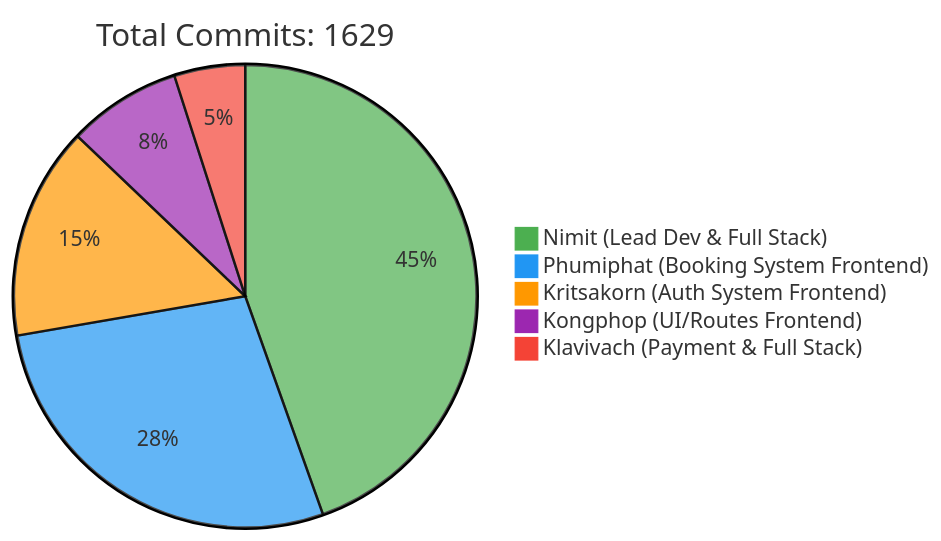
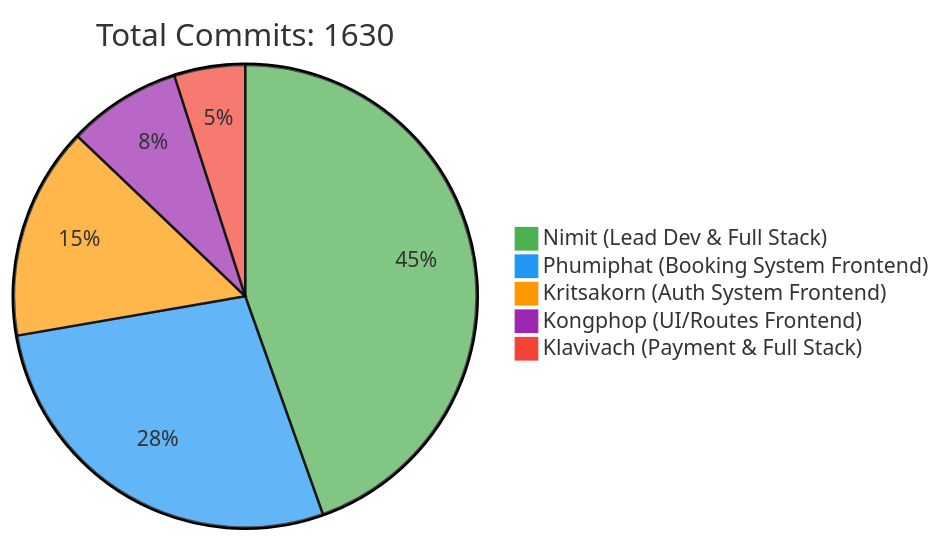
The first of 2 diagrams in README.md (6531503042/Sport-Complex), drawn with Mermaid before and after one commit. The commit also changed other lines of this file, not shown here.

Commit message:
docs: Update contributor statistics [skip ci]

````diff
--- a/README.md
+++ b/README.md
@@ -257,10 +257,10 @@
 ```mermaid
 %%{init: {'theme': 'base', 'themeVariables': { 'pie1': '#4CAF50', 'pie2': '#2196F3', 'pie3': '#FF9800', 'pie4': '#9C27B0', 'pie5': '#F44336'}}}%%
 pie
-    title Total Commits: 1629
+    title Total Commits: 1630
     "Nimit (Lead Dev & Full Stack)" : 450
     "Phumiphat (Booking System Frontend)" : 280
     "Kritsakorn (Auth System Frontend)" : 150
     "Kongphop (UI/Routes Frontend)" : 80
     "Klavivach (Payment & Full Stack)" : 50
 ```
````
